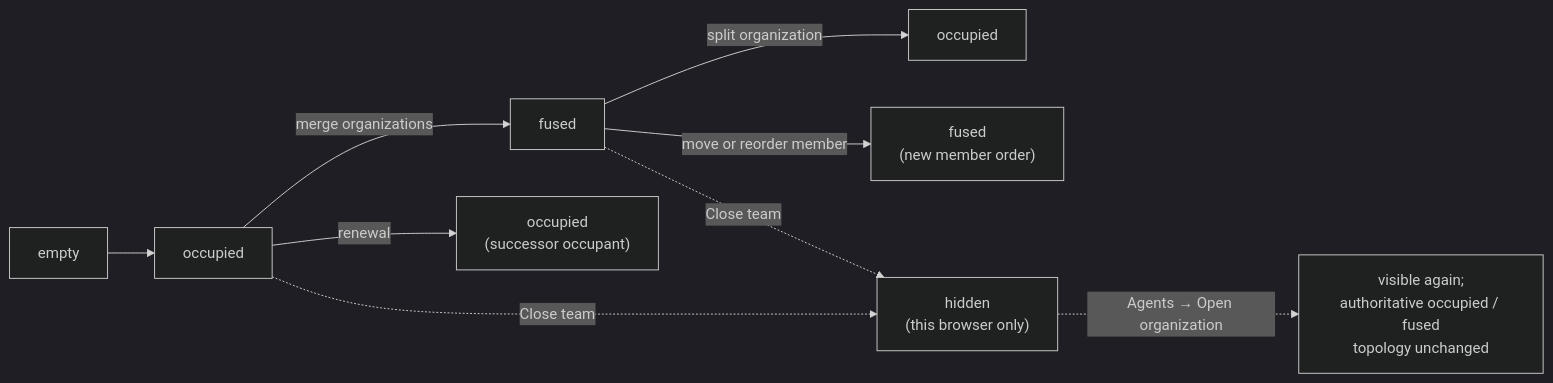
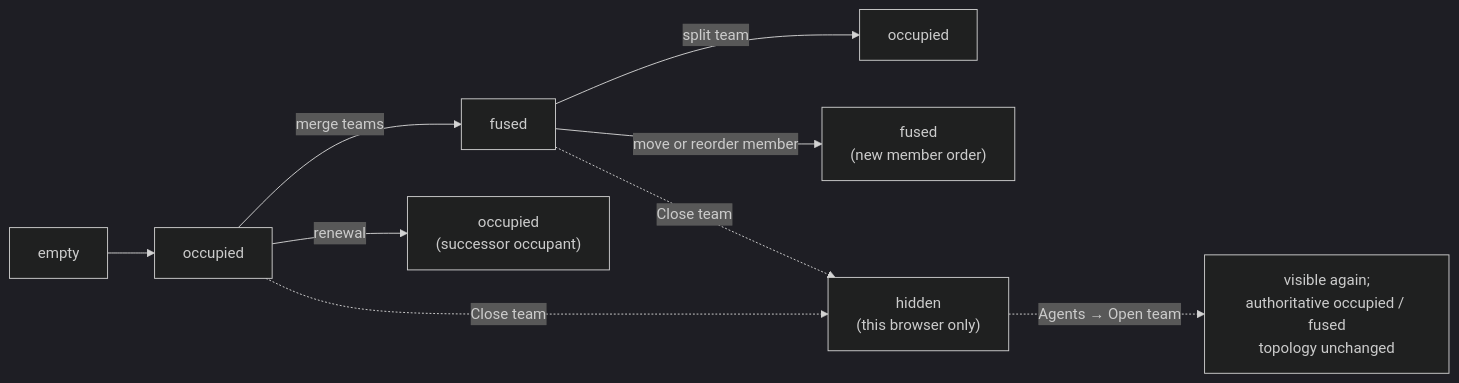
Diagram 14 of 19 in docs/product/model/states.md (infimalabs/spice-rust), drawn with Mermaid (dark theme) before and after one commit. The commit also changed other lines of this file and 235 other files, not shown here.

````diff
--- a/docs/product/model/states.md
+++ b/docs/product/model/states.md
@@ -348,11 +348,11 @@
 ```mermaid
 flowchart LR
   E["empty"] --> O["occupied"]
-  O -->|"merge organizations"| F["fused"]
+  O -->|"merge teams"| F["fused"]
   O -->|"renewal"| OR["occupied<br/>(successor occupant)"]
-  F -->|"split organization"| OS["occupied"]
+  F -->|"split team"| OS["occupied"]
   F -->|"move or reorder member"| FR["fused<br/>(new member order)"]
   O -.->|"Close team"| H["hidden<br/>(this browser only)"]
   F -.->|"Close team"| H
-  H -.->|"Agents → Open organization"| V["visible again;<br/>authoritative occupied / fused<br/>topology unchanged"]
+  H -.->|"Agents → Open team"| V["visible again;<br/>authoritative occupied / fused<br/>topology unchanged"]
 ```
````
